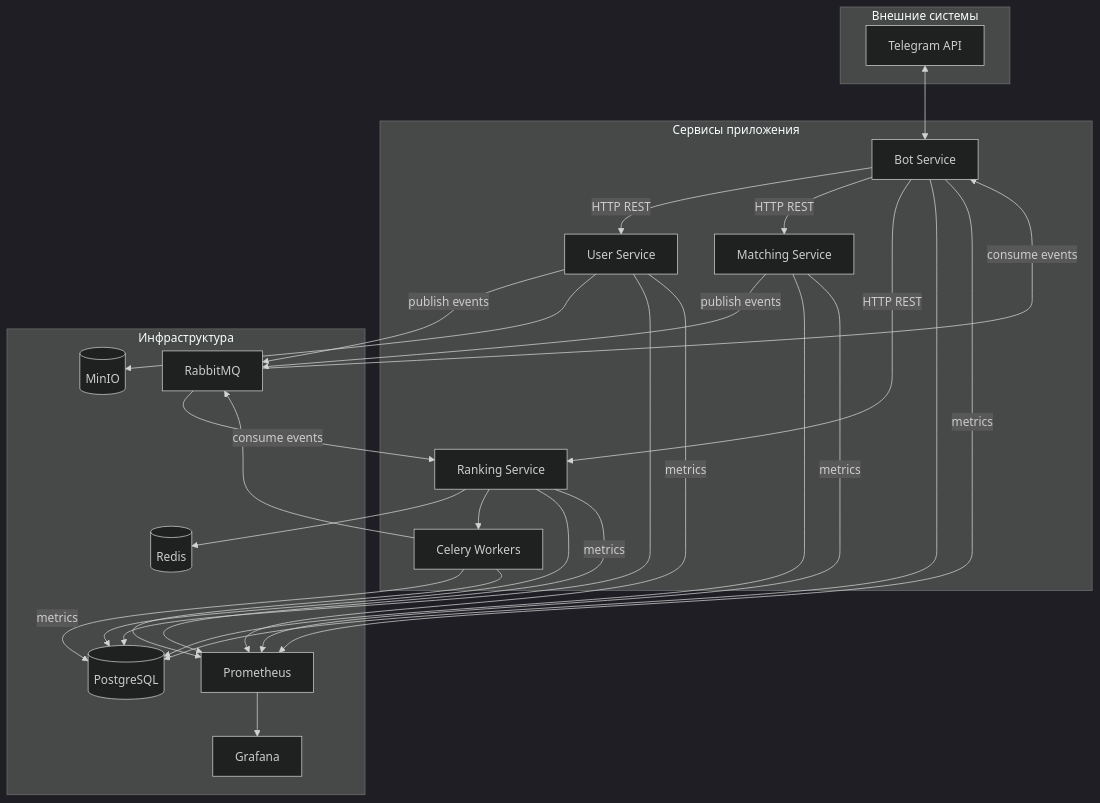
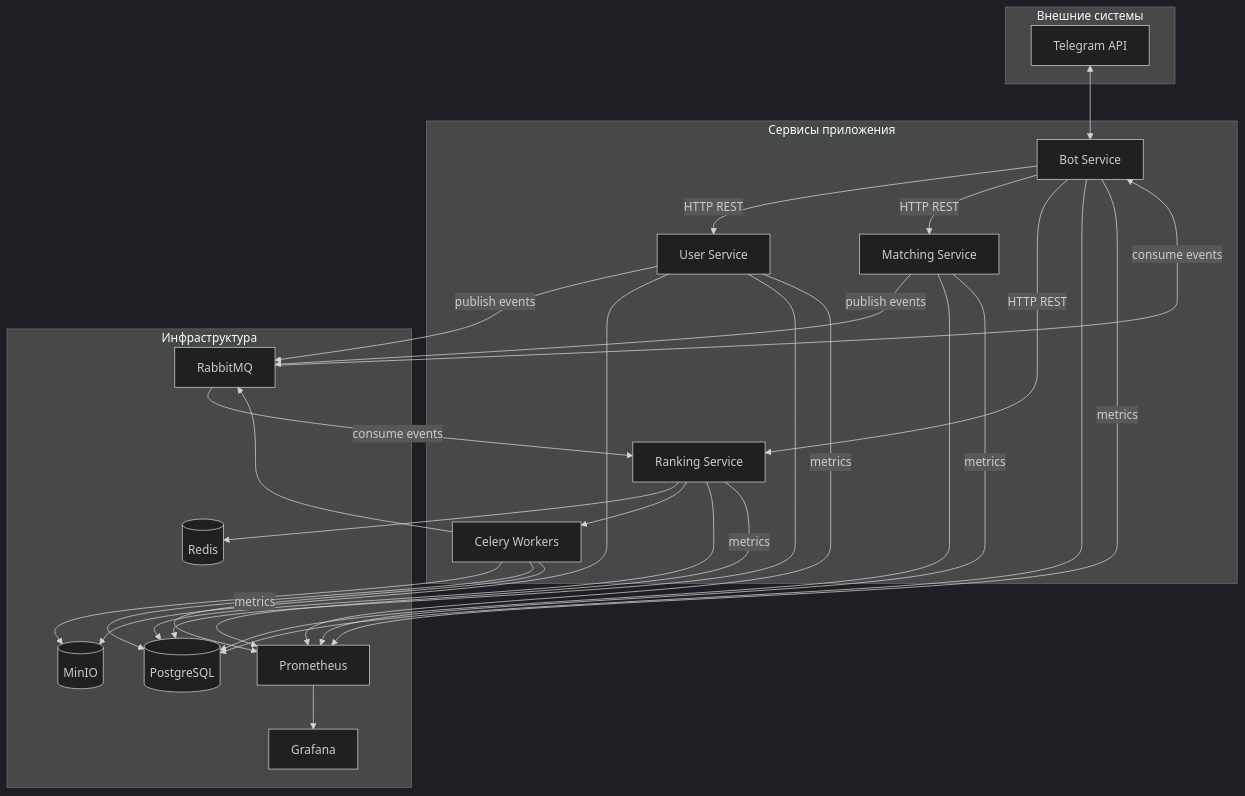
Before and after one commit to vinotq/dating-bot: the diagram in docs/component-diagram.md, drawn with Mermaid (dark theme). The commit also changed other lines of this file and 1 other file, not shown here.

Commit message:
Updated component and data-flow diagrams

````diff
--- a/docs/component-diagram.md
+++ b/docs/component-diagram.md
@@ -5,54 +5,55 @@
 ```mermaid
 flowchart TB
     subgraph external["Внешние системы"]
         TG[Telegram API]
     end
 
     subgraph services["Сервисы приложения"]
         BOT[Bot Service]
         USER[User Service]
         MATCH[Matching Service]
         RANK[Ranking Service]
         CELERY[Celery Workers]
     end
 
     subgraph infrastructure["Инфраструктура"]
         PG[(PostgreSQL)]
         REDIS[(Redis)]
         MQ[RabbitMQ]
         MINIO[(MinIO)]
         PROM[Prometheus]
         GRAF[Grafana]
     end
 
     TG <--> BOT
 
     BOT -->|"HTTP REST"| USER
     BOT -->|"HTTP REST"| MATCH
     BOT -->|"HTTP REST"| RANK
 
     USER -->|"publish events"| MQ
     MATCH -->|"publish events"| MQ
     MQ -->|"consume events"| RANK
     MQ -->|"consume events"| BOT
 
     RANK --> REDIS
     RANK --> CELERY
     CELERY --> MQ
+    CELERY -->MINIO
 
     USER --> MINIO
 
     BOT --> PG
     USER --> PG
     MATCH --> PG
     RANK --> PG
     CELERY --> PG
 
     BOT -->|"metrics"| PROM
     USER -->|"metrics"| PROM
     MATCH -->|"metrics"| PROM
     RANK -->|"metrics"| PROM
     CELERY -->|"metrics"| PROM
 
     PROM --> GRAF
 ```
````
